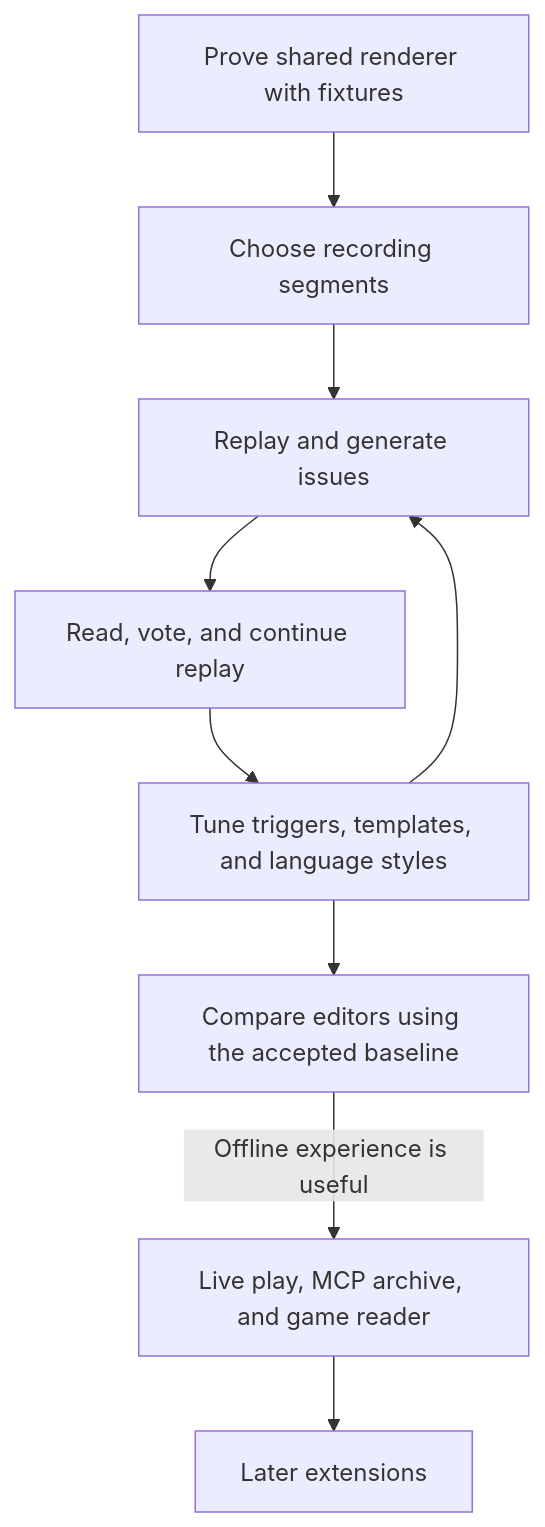
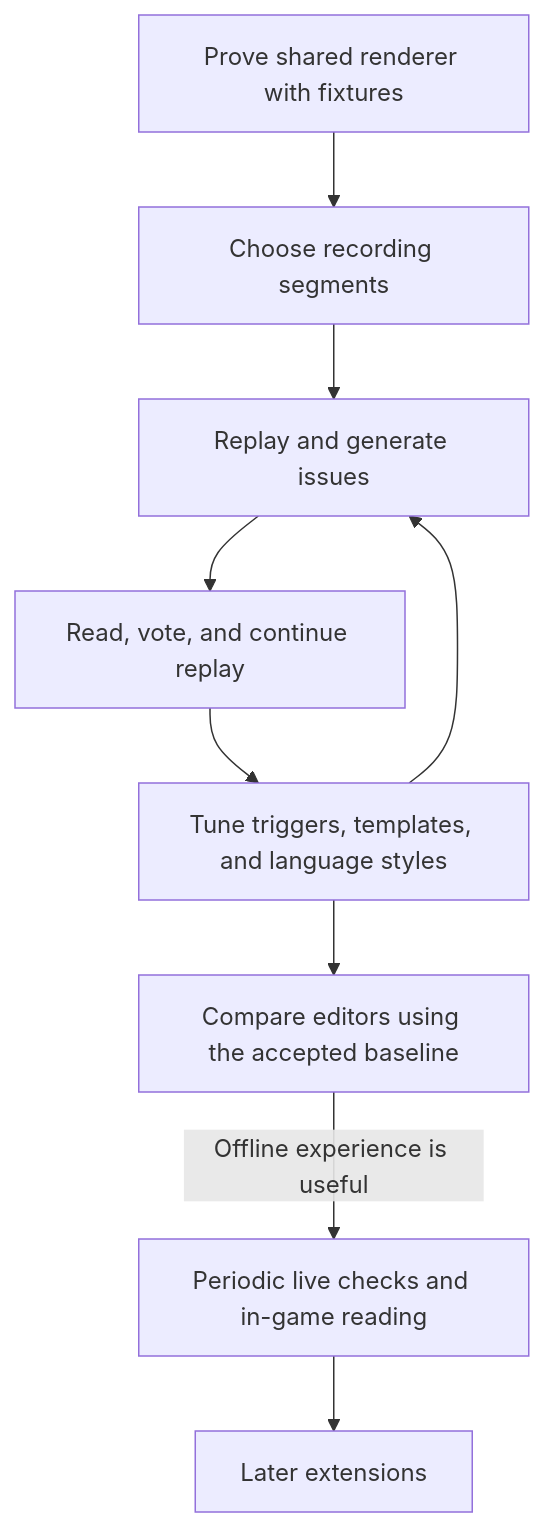
Before and after one commit to vox-deorum/vox-deorum: the third of 3 diagrams in docs/plans/newspaper/spec.md, drawn with Mermaid. The commit also changed other lines of this file and 29 other files, not shown here.

````diff
--- a/docs/plans/newspaper/spec.md
+++ b/docs/plans/newspaper/spec.md
@@ -428,11 +430,11 @@
 ```mermaid
 flowchart TD
     R[Prove shared renderer with fixtures] --> A
     A[Choose recording segments] --> B[Replay and generate issues]
     B --> C[Read, vote, and continue replay]
     C --> D[Tune triggers, templates, and language styles]
     D --> B
     D --> M[Compare editors using the accepted baseline]
-    M -->|Offline experience is useful| E[Live play, MCP archive, and game reader]
+    M -->|Offline experience is useful| E[Periodic live checks and in-game reading]
     E --> F[Later extensions]
 ```
````
